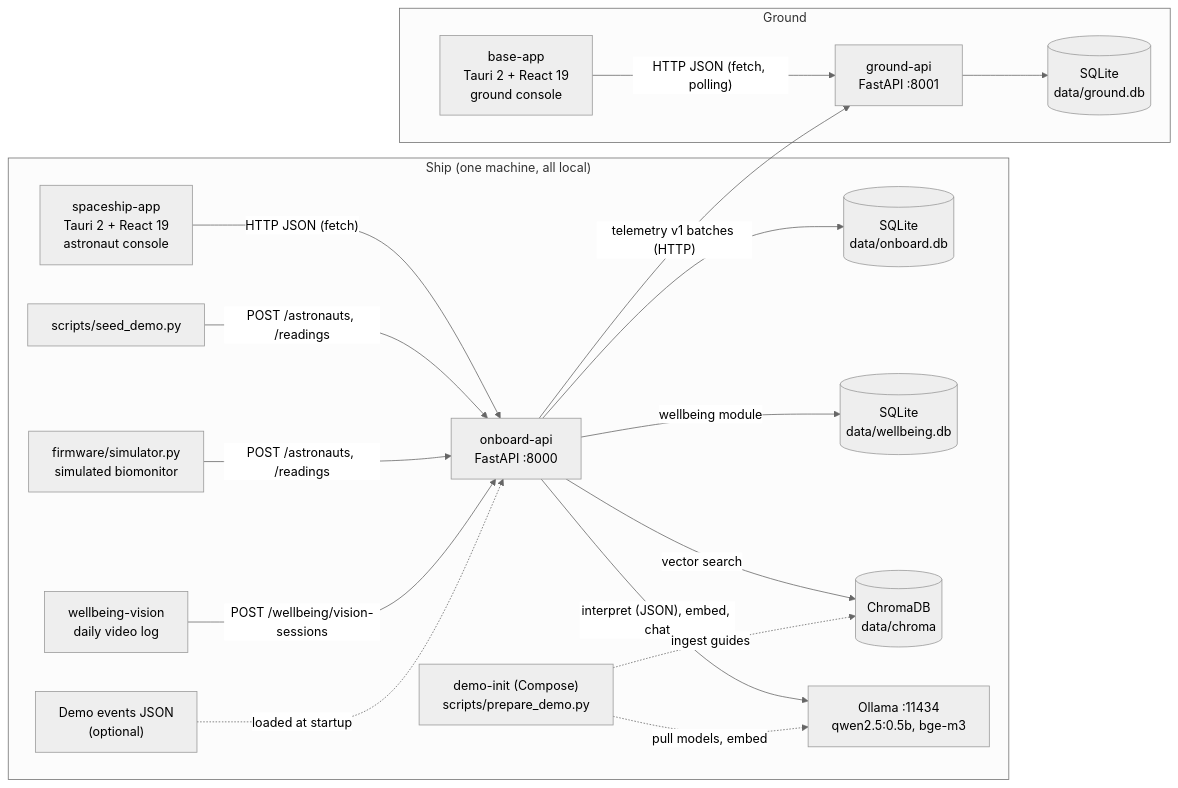
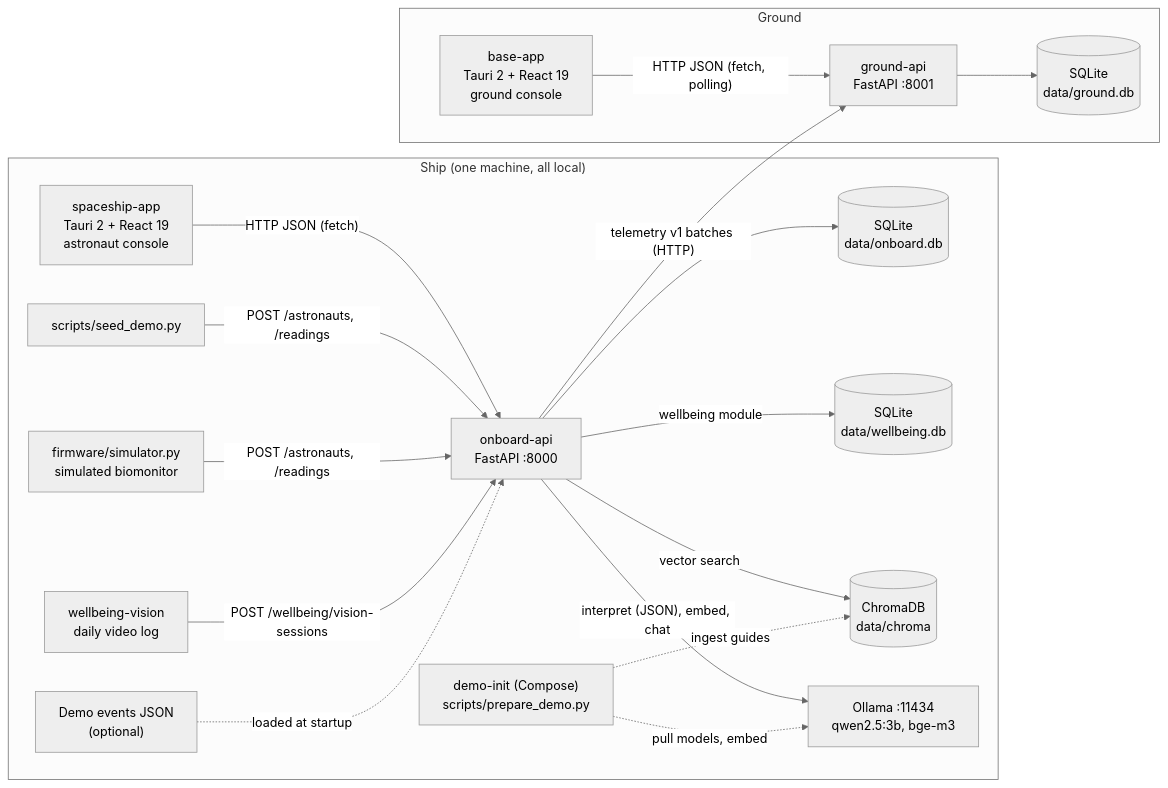
Before and after one commit to rubenyh/SpaceApps-2026: the first of 2 diagrams in docs/ARCHITECTURE.md, drawn with Mermaid (neutral theme). The commit also changed other lines of this file and 41 other files, not shown here.

````diff
--- a/docs/ARCHITECTURE.md
+++ b/docs/ARCHITECTURE.md
@@ -15,36 +15,36 @@
 ```mermaid
 flowchart LR
     subgraph Ship["Ship (one machine, all local)"]
         Console["spaceship-app<br/>Tauri 2 + React 19<br/>astronaut console"]
         API["onboard-api<br/>FastAPI :8000"]
         DB[("SQLite<br/>data/onboard.db")]
         WDB[("SQLite<br/>data/wellbeing.db")]
         Vision["wellbeing-vision<br/>daily video log"]
         Chroma[("ChromaDB<br/>data/chroma")]
-        Ollama["Ollama :11434<br/>qwen2.5:0.5b, bge-m3"]
+        Ollama["Ollama :11434<br/>qwen2.5:3b, bge-m3"]
         Events["Demo events JSON<br/>(optional)"]
         Seed["scripts/seed_demo.py"]
         Firmware["firmware/simulator.py<br/>simulated biomonitor"]
         Init["demo-init (Compose)<br/>scripts/prepare_demo.py"]
     end
     subgraph Ground["Ground"]
         Ground_API["ground-api<br/>FastAPI :8001"]
         GroundDB[("SQLite<br/>data/ground.db")]
         BaseApp["base-app<br/>Tauri 2 + React 19<br/>ground console"]
     end
 
     Console -- "HTTP JSON (fetch)" --> API
     Seed -- "POST /astronauts, /readings" --> API
     Firmware -- "POST /astronauts, /readings" --> API
     Vision -- "POST /wellbeing/vision-sessions" --> API
     API --> DB
     API -- "wellbeing module" --> WDB
     API -- "interpret (JSON), embed, chat" --> Ollama
     API -- "vector search" --> Chroma
     Events -. "loaded at startup" .-> API
     Init -. "pull models, embed" .-> Ollama
     Init -. "ingest guides" .-> Chroma
     API -- "telemetry v1 batches (HTTP)" --> Ground_API
     Ground_API --> GroundDB
     BaseApp -- "HTTP JSON (fetch, polling)" --> Ground_API
 ```
````
